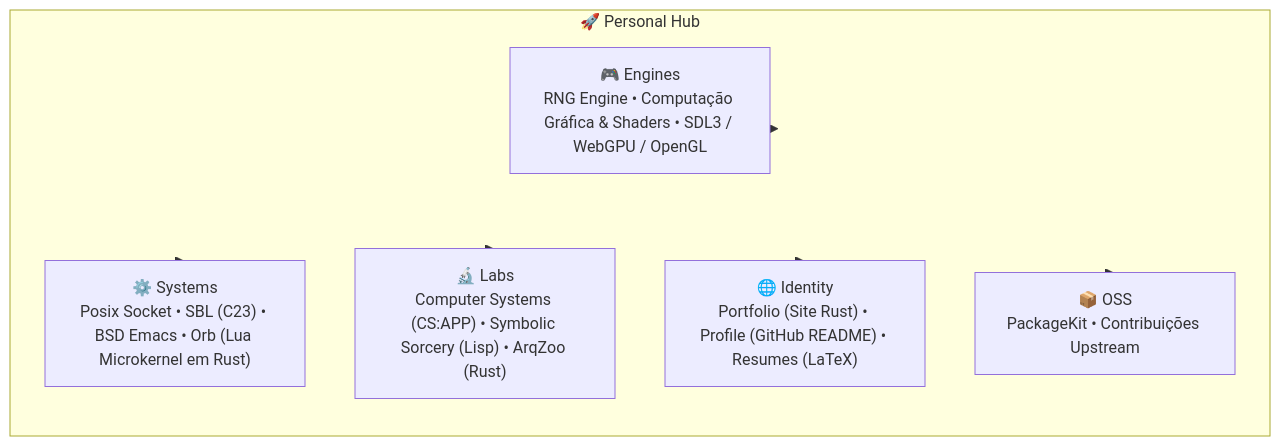
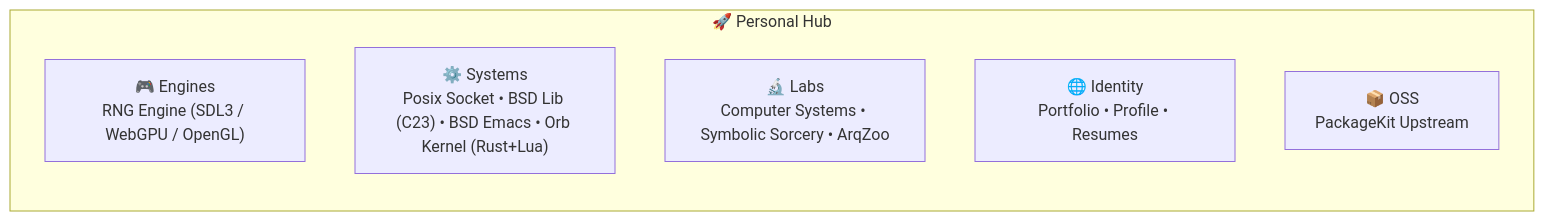
The diagram in README.md (GabrielFrigo4/personal), drawn with Mermaid before and after one commit. The commit also changed other lines of this file and 3 other files, not shown here.

Commit message:
refactor(submodules): rename SBL to BSD Lib and Orb to Orb Kernel, add branch=main and update CI

````diff
--- a/README.md
+++ b/README.md
@@ -22,17 +22,11 @@
 ```mermaid
 flowchart TD
     subgraph PH ["🚀 Personal Hub"]
         direction TB
-        ENG["🎮 Engines<br/>RNG Engine • Computação Gráfica & Shaders • SDL3 / WebGPU / OpenGL"]
-        SYS["⚙️ Systems<br/>Posix Socket • SBL (C23) • BSD Emacs • Orb (Lua Microkernel em Rust)"]
-        LAB["🔬 Labs<br/>Computer Systems (CS:APP) • Symbolic Sorcery (Lisp) • ArqZoo (Rust)"]
-        IDN["🌐 Identity<br/>Portfolio (Site Rust) • Profile (GitHub README) • Resumes (LaTeX)"]
-        OSS["📦 OSS<br/>PackageKit • Contribuições Upstream"]
+        ENG["🎮 Engines<br/>RNG Engine (SDL3 / WebGPU / OpenGL)"]
+        SYS["⚙️ Systems<br/>Posix Socket • BSD Lib (C23) • BSD Emacs • Orb Kernel (Rust+Lua)"]
+        LAB["🔬 Labs<br/>Computer Systems • Symbolic Sorcery • ArqZoo"]
+        IDN["🌐 Identity<br/>Portfolio • Profile • Resumes"]
+        OSS["📦 OSS<br/>PackageKit Upstream"]
     end
-
-    PH --> ENG
-    PH --> SYS
-    PH --> LAB
-    PH --> IDN
-    PH --> OSS
 ```
````
